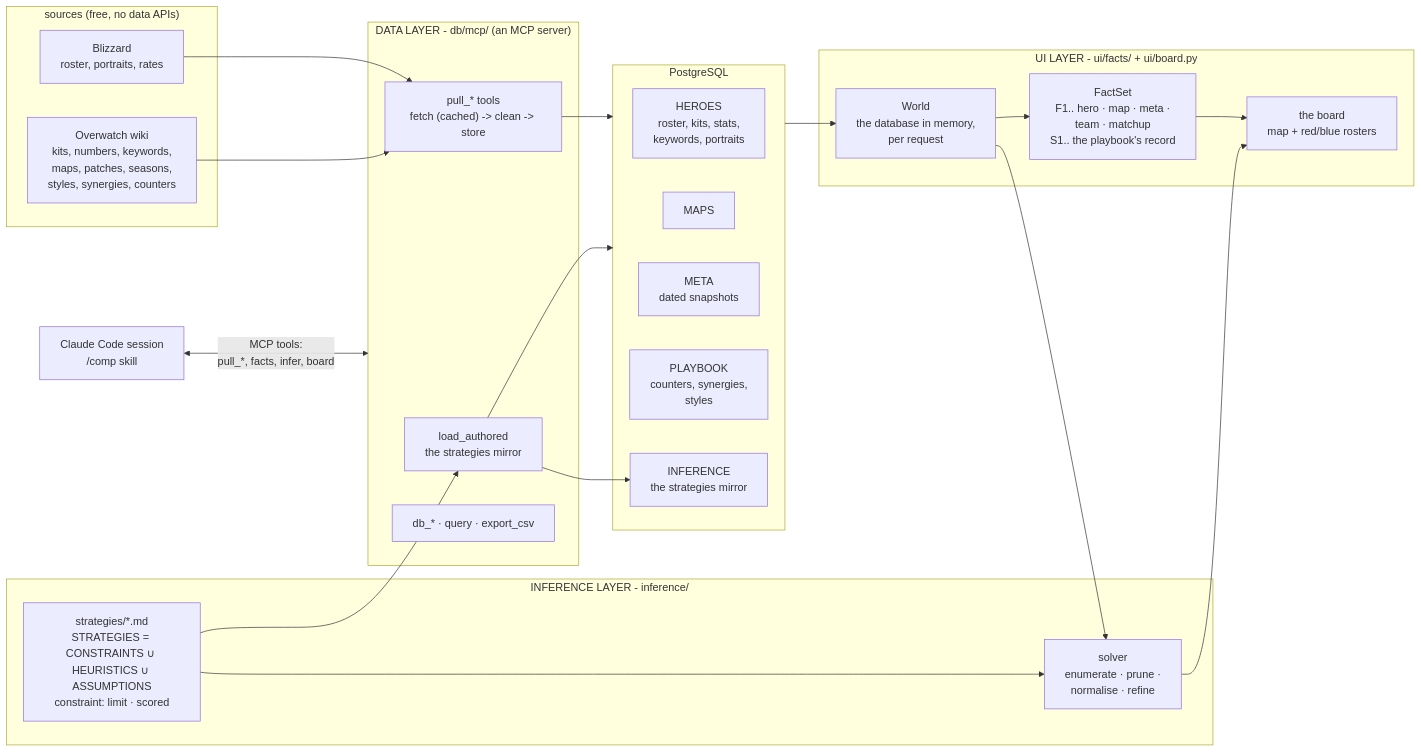
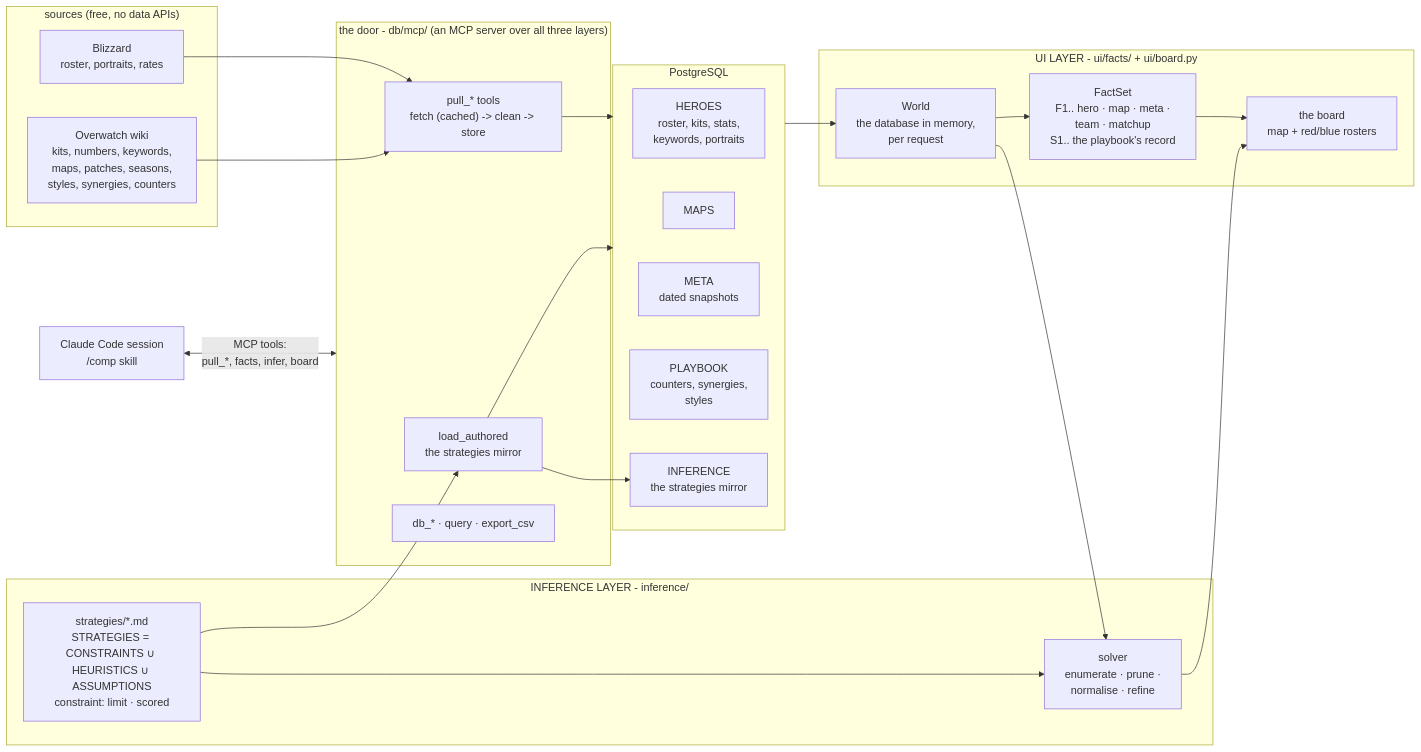
Before and after one commit to mmikol/counter-utility-matrix: the first of 2 diagrams in docs/architecture.md, drawn with Mermaid. The commit also changed other lines of this file and 10 other files, not shown here.

````diff
--- a/docs/architecture.md
+++ b/docs/architecture.md
@@ -39,42 +39,42 @@
 ```mermaid
 flowchart LR
     subgraph SOURCES["sources (free, no data APIs)"]
         BLZ["Blizzard<br/>roster, portraits, rates"]
         WIKI["Overwatch wiki<br/>kits, numbers, keywords,<br/>maps, patches, seasons,<br/>styles, synergies, counters"]
     end
 
-    subgraph DATA["DATA LAYER - db/mcp/ (an MCP server)"]
+    subgraph DATA["the door - db/mcp/ (an MCP server over all three layers)"]
         PULL["pull_* tools<br/>fetch (cached) -> clean -> store"]
         PLAY["load_authored<br/>the strategies mirror"]
         DBT["db_* · query · export_csv"]
     end
 
     subgraph PG["PostgreSQL"]
         HEROES["HEROES<br/>roster, kits, stats,<br/>keywords, portraits"]
         MAPS["MAPS"]
         META["META<br/>dated snapshots"]
         PLAYBOOK["PLAYBOOK<br/>counters, synergies,<br/>styles"]
         INF["INFERENCE<br/>the strategies mirror"]
     end
 
     subgraph USER["UI LAYER - ui/facts/ + ui/board.py"]
         WORLD["World<br/>the database in memory,<br/>per request"]
         FACTS["FactSet<br/>F1.. hero · map · meta ·<br/>team · matchup<br/>S1.. the playbook's record"]
         BOARD["the board<br/>map + red/blue rosters"]
     end
 
     subgraph INFER["INFERENCE LAYER - inference/"]
         HEUR["strategies/*.md<br/>STRATEGIES = CONSTRAINTS ∪ HEURISTICS ∪ ASSUMPTIONS<br/>constraint: limit · scored"]
         SOLVER["solver<br/>enumerate · prune ·<br/>normalise · refine"]
     end
 
     BLZ & WIKI --> PULL
     HEUR --> PLAY
     PLAY --> INF
     PULL & PLAY --> PG
     PG --> WORLD --> FACTS --> BOARD
     WORLD --> SOLVER
     HEUR --> SOLVER
     SOLVER --> BOARD
     CHAT["Claude Code session<br/>/comp skill"] <-->|"MCP tools:<br/>pull_*, facts, infer, board"| DATA
 ```
````
